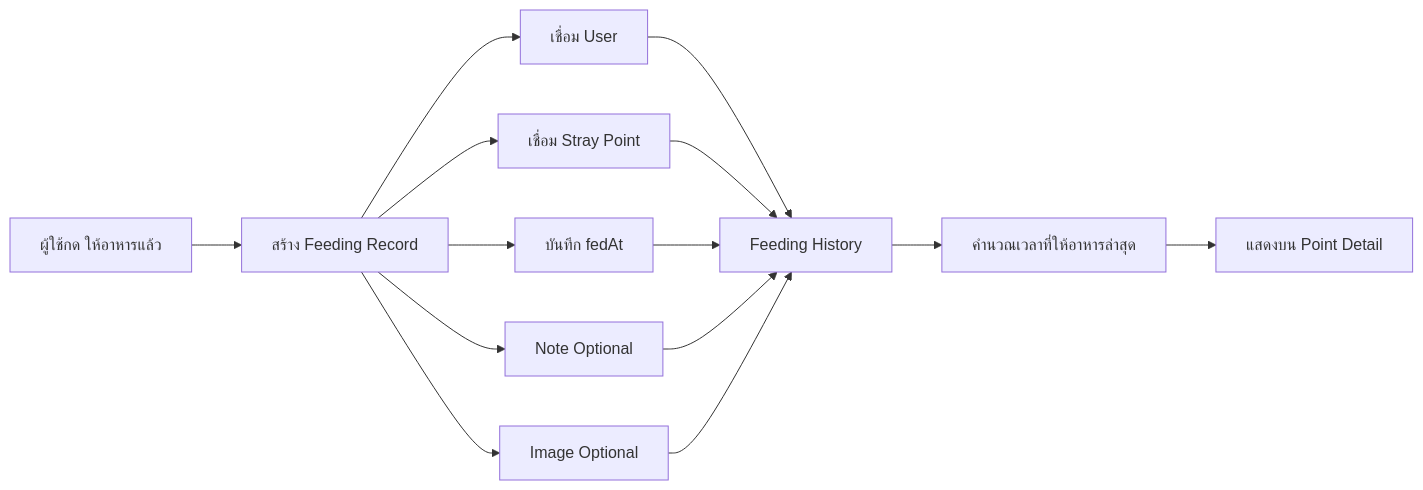
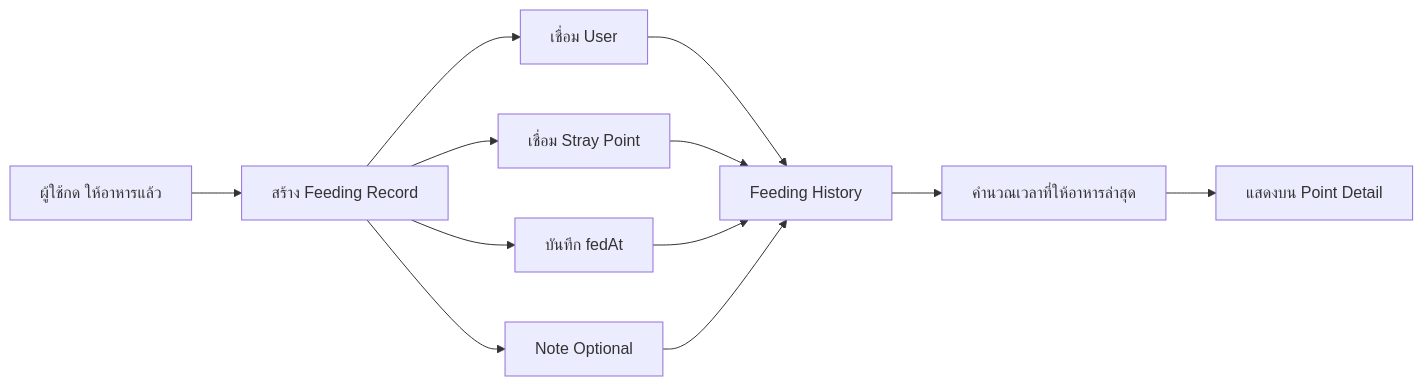
One commit to 67070119/PawFeed changed the seventh of 9 diagrams in docs/user_flow.md. Above: the diagram before and after it, drawn with Mermaid. The commit also changed other lines of this file and 35 other files, not shown here.

````diff
--- a/docs/user_flow.md
+++ b/docs/user_flow.md
@@ -193,18 +201,16 @@
 ```mermaid
 flowchart LR
     A[ผู้ใช้กด ให้อาหารแล้ว] --> B[สร้าง Feeding Record]
     B --> C[เชื่อม User]
     B --> D[เชื่อม Stray Point]
     B --> E[บันทึก fedAt]
     B --> F[Note Optional]
-    B --> G[Image Optional]
 
     C --> H[Feeding History]
     D --> H
     E --> H
     F --> H
-    G --> H
 
     H --> I[คำนวณเวลาที่ให้อาหารล่าสุด]
     I --> J[แสดงบน Point Detail]
 ```
````
